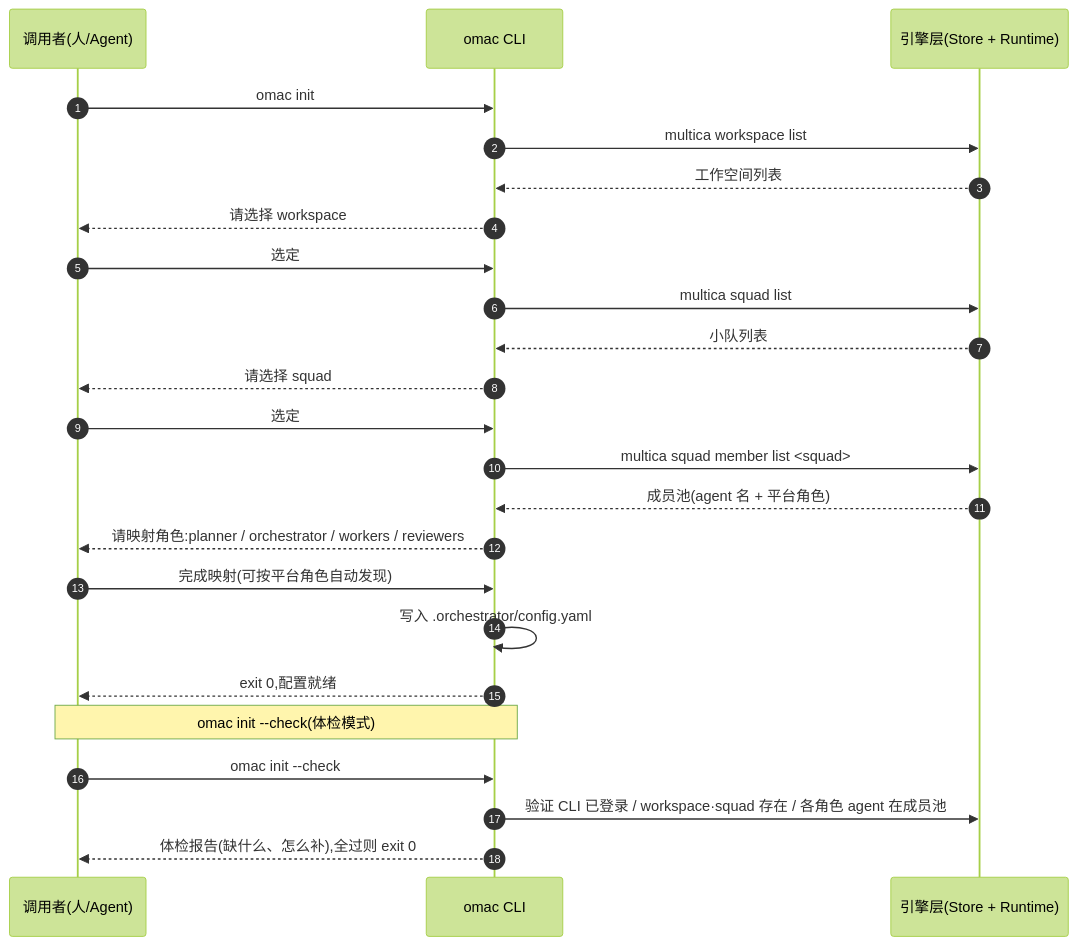
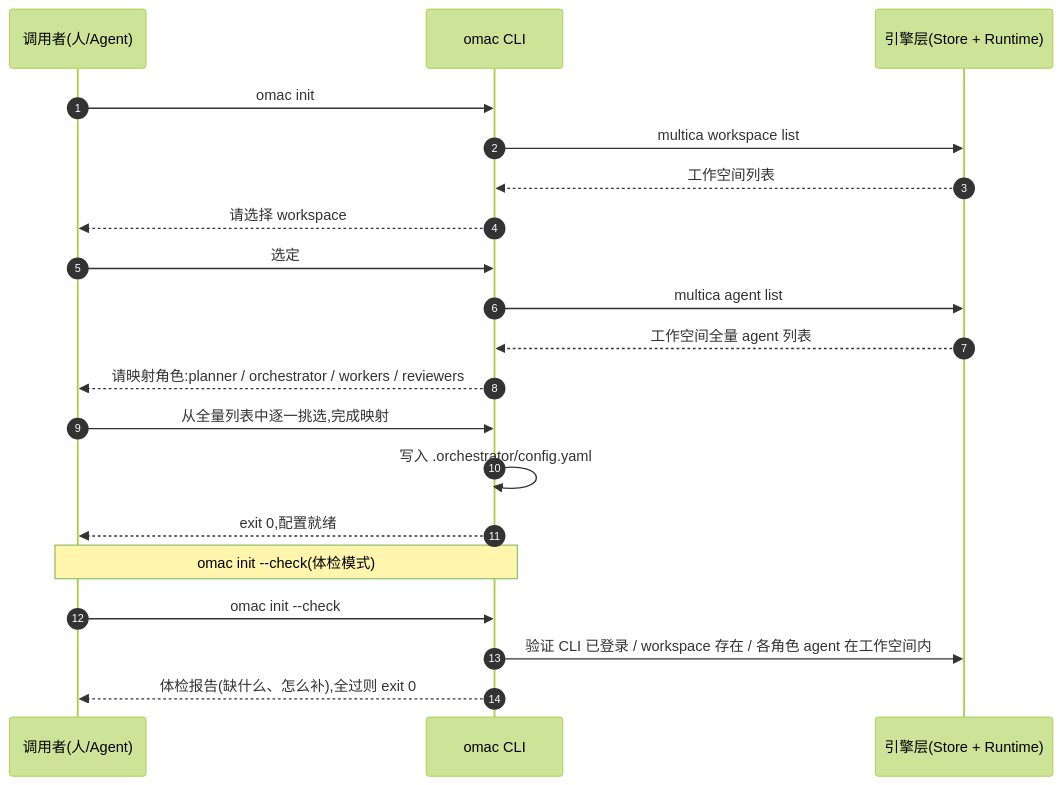
Before and after one commit to xiaohei-info/oh-my-multica: the second of 7 diagrams in docs/omac-cli-design.md, drawn with Mermaid (forest theme). The commit also changed other lines of this file, not shown here.

First line of the commit message:
docs(omac): 去 squad 概念、评审改同 issue 转派、修复 mermaid 渲染

````diff
--- a/docs/omac-cli-design.md
+++ b/docs/omac-cli-design.md
@@ -236,28 +234,24 @@
 ```mermaid
 sequenceDiagram
     autonumber
     participant U as 调用者(人/Agent)
     participant C as omac CLI
     participant M as 引擎层(Store + Runtime)
 
     U->>C: omac init
     C->>M: multica workspace list
     M-->>C: 工作空间列表
     C-->>U: 请选择 workspace
     U->>C: 选定
-    C->>M: multica squad list
-    M-->>C: 小队列表
-    C-->>U: 请选择 squad
-    U->>C: 选定
-    C->>M: multica squad member list <squad>
-    M-->>C: 成员池(agent 名 + 平台角色)
+    C->>M: multica agent list
+    M-->>C: 工作空间全量 agent 列表
     C-->>U: 请映射角色:planner / orchestrator / workers / reviewers
-    U->>C: 完成映射(可按平台角色自动发现)
+    U->>C: 从全量列表中逐一挑选,完成映射
     C->>C: 写入 .orchestrator/config.yaml
     C-->>U: exit 0,配置就绪
 
     Note over U,C: omac init --check(体检模式)
     U->>C: omac init --check
-    C->>M: 验证 CLI 已登录 / workspace·squad 存在 / 各角色 agent 在成员池
+    C->>M: 验证 CLI 已登录 / workspace 存在 / 各角色 agent 在工作空间内
     C-->>U: 体检报告(缺什么、怎么补),全过则 exit 0
 ```
````
